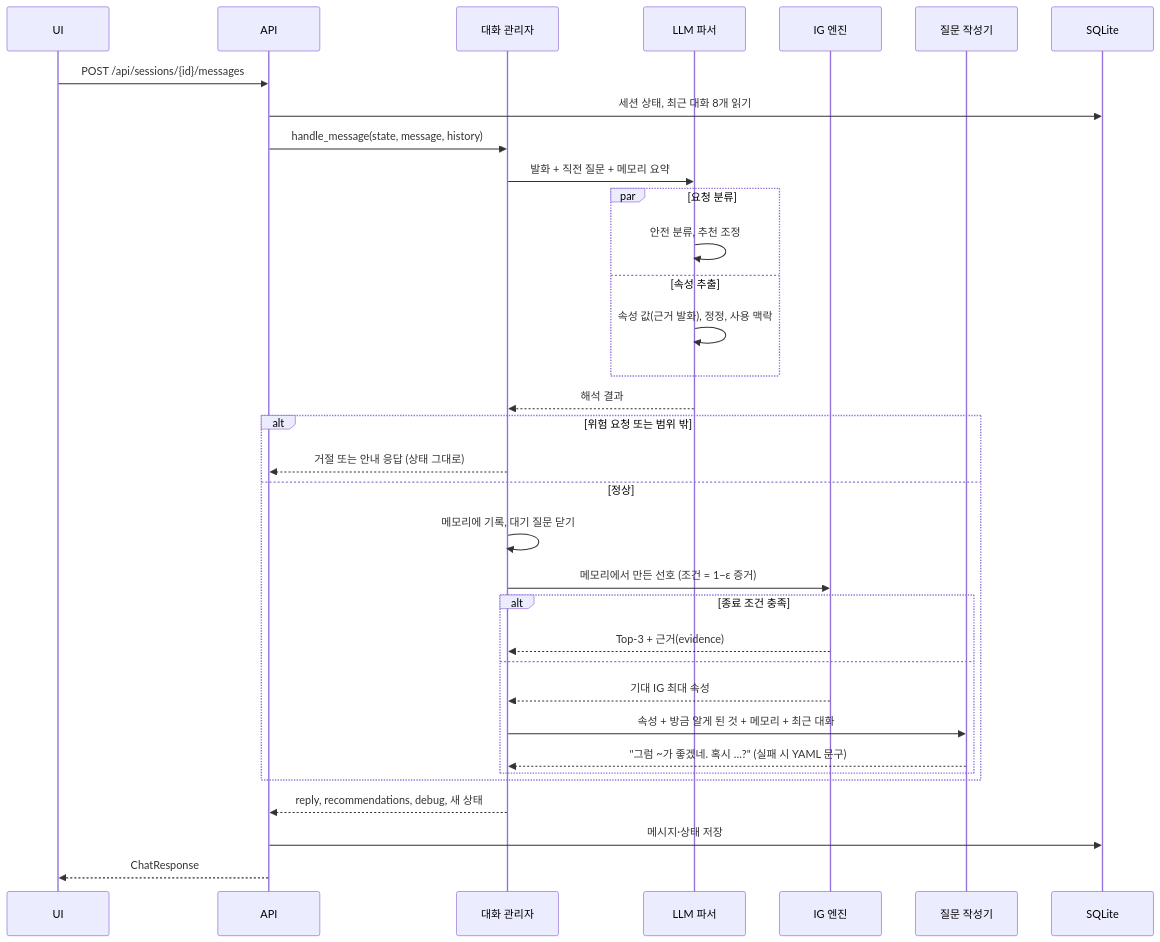
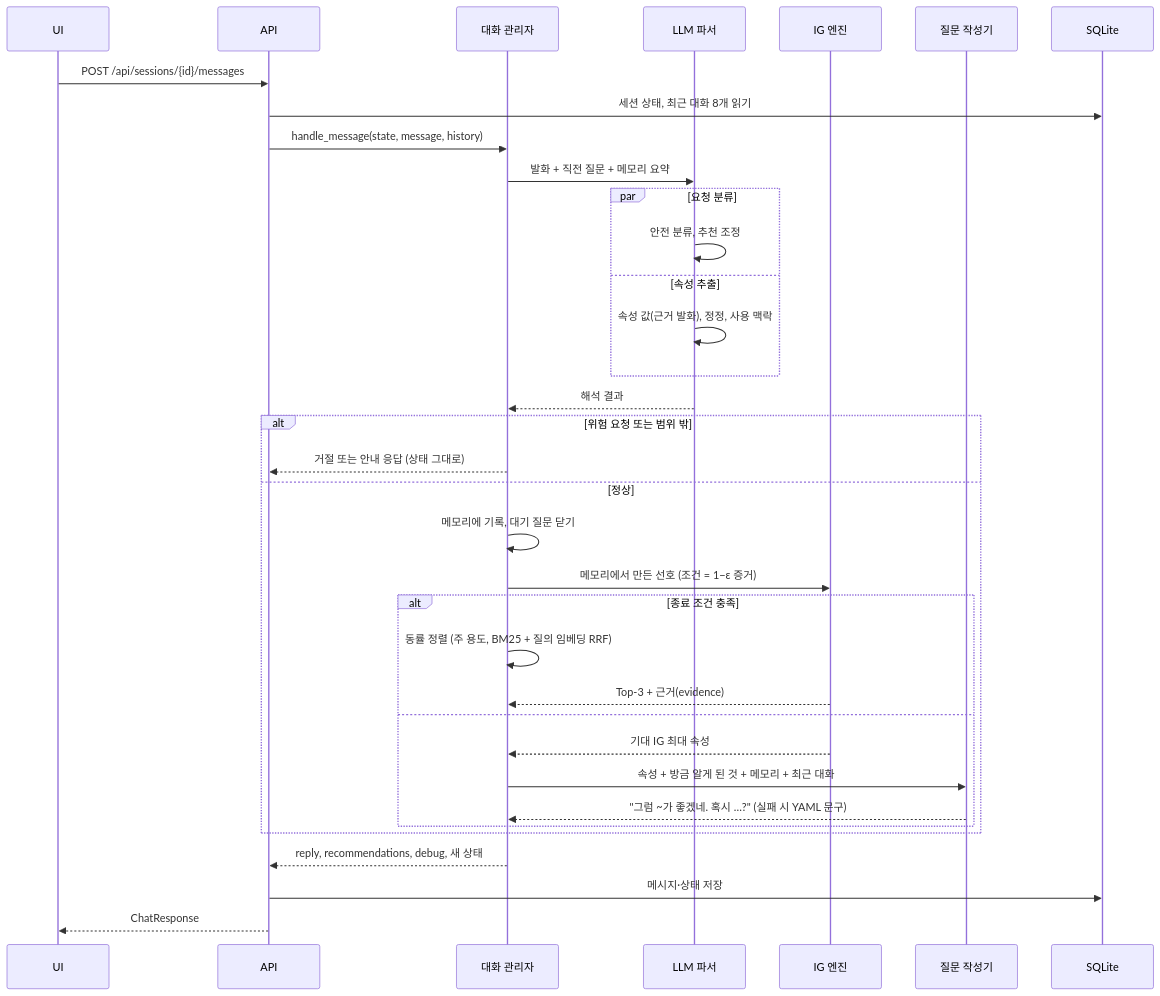
One commit to qazcdesnu/llm-hw2-demo changed the second of 4 diagrams in docs/architecture.md. Above: the diagram before and after it, drawn with Mermaid. The commit also changed other lines of this file and 49 other files, not shown here.

````diff
--- a/docs/architecture.md
+++ b/docs/architecture.md
@@ -104,37 +107,38 @@
 ```mermaid
 sequenceDiagram
     participant U as UI
     participant A as API
     participant C as 대화 관리자
     participant P as LLM 파서
     participant E as IG 엔진
     participant W as 질문 작성기
     participant D as SQLite
 
     U->>A: POST /api/sessions/{id}/messages
     A->>D: 세션 상태, 최근 대화 8개 읽기
     A->>C: handle_message(state, message, history)
     C->>P: 발화 + 직전 질문 + 메모리 요약
     par 요청 분류
         P->>P: 안전 분류, 추천 조정
     and 속성 추출
         P->>P: 속성 값(근거 발화), 정정, 사용 맥락
     end
     P-->>C: 해석 결과
     alt 위험 요청 또는 범위 밖
         C-->>A: 거절 또는 안내 응답 (상태 그대로)
     else 정상
         C->>C: 메모리에 기록, 대기 질문 닫기
         C->>E: 메모리에서 만든 선호 (조건 = 1−ε 증거)
         alt 종료 조건 충족
+            C->>C: 동률 정렬 (주 용도, BM25 + 질의 임베딩 RRF)
             E-->>C: Top-3 + 근거(evidence)
         else
             E-->>C: 기대 IG 최대 속성
             C->>W: 속성 + 방금 알게 된 것 + 메모리 + 최근 대화
             W-->>C: "그럼 ~가 좋겠네. 혹시 …?" (실패 시 YAML 문구)
         end
     end
     C-->>A: reply, recommendations, debug, 새 상태
     A->>D: 메시지·상태 저장
     A-->>U: ChatResponse
 ```
````
